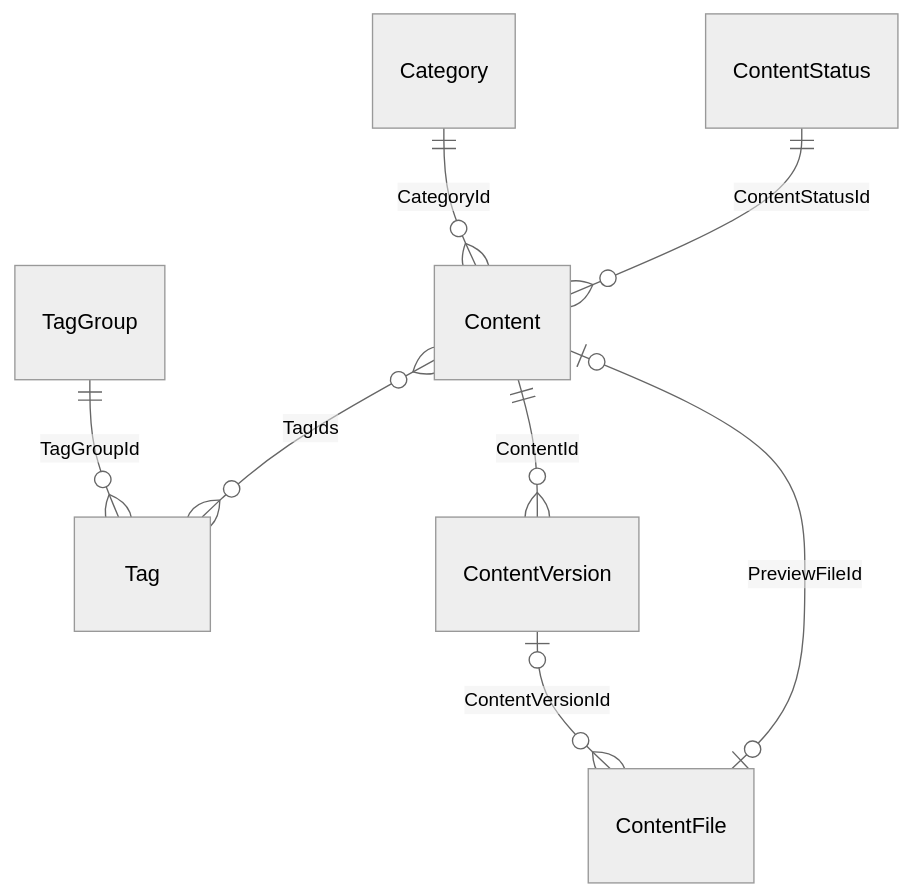
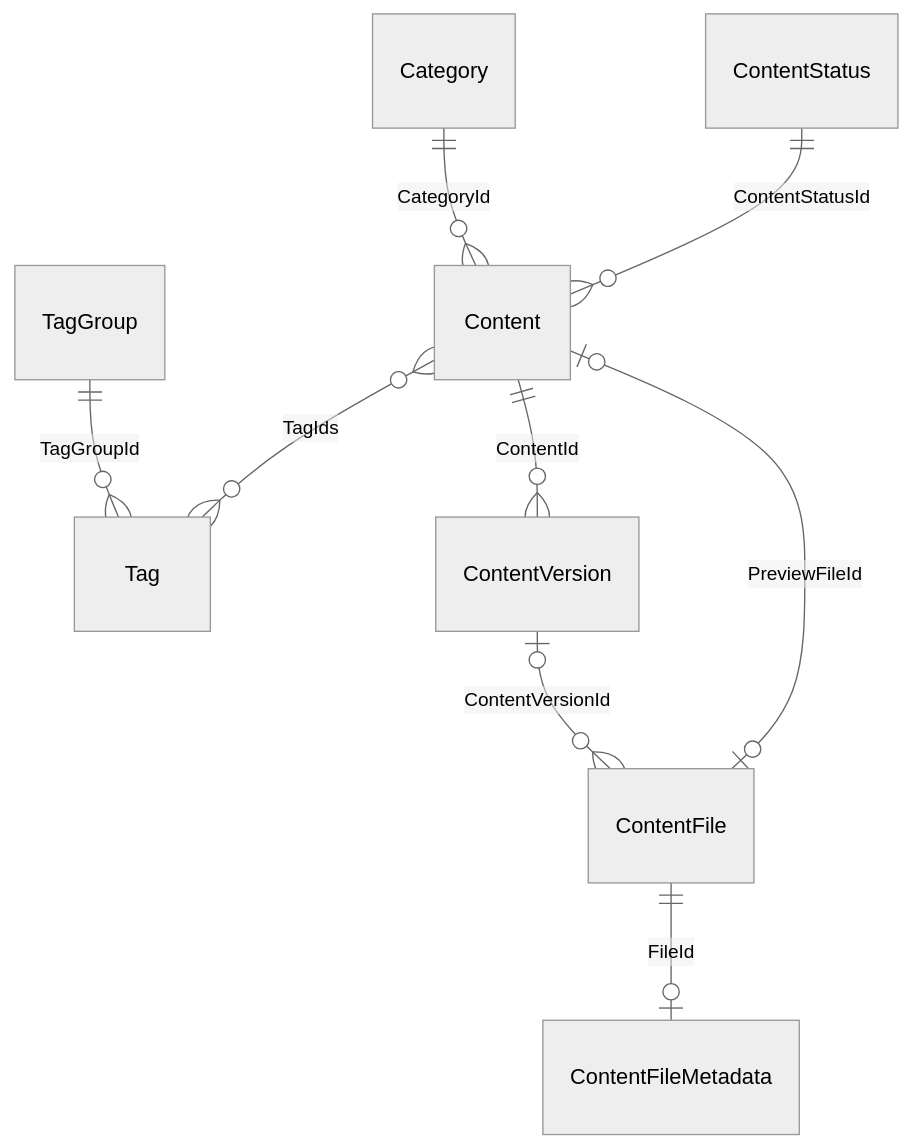
The diagram in docs/ENTITIES.md (DenisFazlul/RevEx.Web), drawn with Mermaid (neutral theme) before and after one commit. The commit also changed other lines of this file and 23 other files, not shown here.

Commit message:
Persist content metadata and add version publication

````diff
--- a/docs/ENTITIES.md
+++ b/docs/ENTITIES.md
@@ -31,10 +32,11 @@
 ```mermaid
 erDiagram
     Category ||--o{ Content : CategoryId
     ContentStatus ||--o{ Content : ContentStatusId
     TagGroup ||--o{ Tag : TagGroupId
     Content }o--o{ Tag : TagIds
     Content ||--o{ ContentVersion : ContentId
     ContentVersion o|--o{ ContentFile : ContentVersionId
     Content o|--o| ContentFile : PreviewFileId
+    ContentFile ||--o| ContentFileMetadata : FileId
 ```
````
